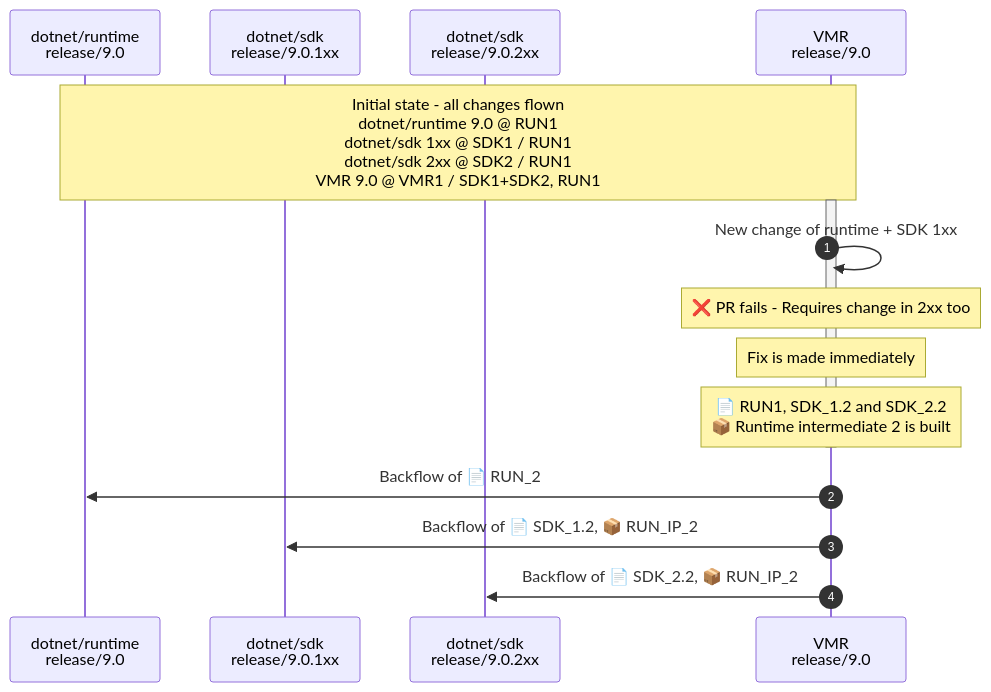
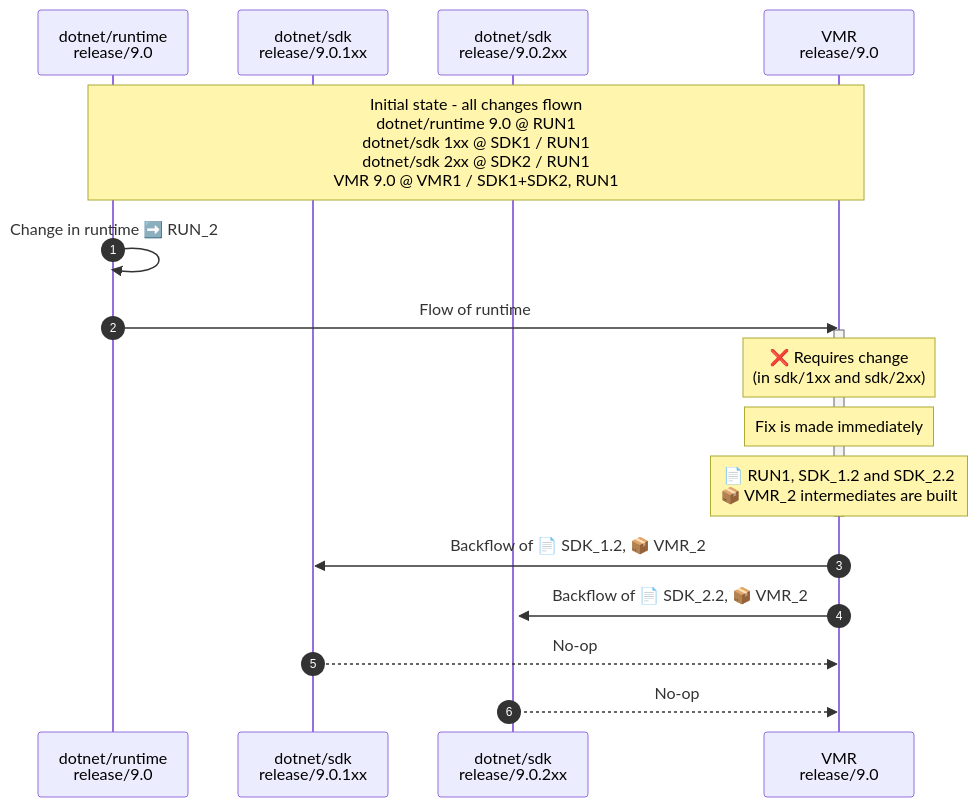
The eighth of 8 diagrams in Documentation/UnifiedBuild/VMR-Managing-SDK-Bands.md (dotnet/arcade), drawn with Mermaid before and after one commit. The commit also changed other lines of this file, not shown here.

Commit message:
Port new code flow diagrams

````diff
--- a/Documentation/UnifiedBuild/VMR-Managing-SDK-Bands.md
+++ b/Documentation/UnifiedBuild/VMR-Managing-SDK-Bands.md
@@ -377,23 +373,27 @@
 ```mermaid
 sequenceDiagram
     autonumber
 
     participant runtime as dotnet/runtime<br />release/9.0
     participant SDK_1xx as dotnet/sdk<br />release/9.0.1xx
     participant SDK_2xx as dotnet/sdk<br />release/9.0.2xx
     participant VMR as VMR<br />release/9.0
 
     Note over runtime, VMR: Initial state - all changes flown<br />dotnet/runtime 9.0 @ RUN1<br />dotnet/sdk 1xx @ SDK1 / RUN1<br />dotnet/sdk 2xx @ SDK2 / RUN1<br />VMR 9.0 @ VMR1 / SDK1+SDK2, RUN1
 
+    runtime->>runtime: Change in runtime ➡️ RUN_2
+
+
+    activate SDK_2xx
+    runtime->>VMR: Flow of runtime
     activate VMR
-    VMR->>VMR: New change of runtime + SDK 1xx
-    Note over VMR: ❌ PR fails - Requires change in 2xx too
+    Note over VMR: ❌ Requires change<br />(in sdk/1xx and sdk/2xx)
     Note over VMR: Fix is made immediately
-    Note over VMR: 📄 RUN1, SDK_1.2 and SDK_2.2<br />📦 Runtime intermediate 2 is built
+    Note over VMR: 📄 RUN1, SDK_1.2 and SDK_2.2<br />📦 VMR_2 intermediates are built
     deactivate VMR
 
-    # Backflow
-    VMR->>runtime: Backflow of 📄 RUN_2
-    VMR->>SDK_1xx: Backflow of 📄 SDK_1.2, 📦 RUN_IP_2
-    VMR->>SDK_2xx: Backflow of 📄 SDK_2.2, 📦 RUN_IP_2
+    VMR->>SDK_1xx: Backflow of 📄 SDK_1.2, 📦 VMR_2
+    VMR->>SDK_2xx: Backflow of 📄 SDK_2.2, 📦 VMR_2
+    SDK_1xx-->>VMR: No-op
+    SDK_2xx-->>VMR: No-op
 ```
````
